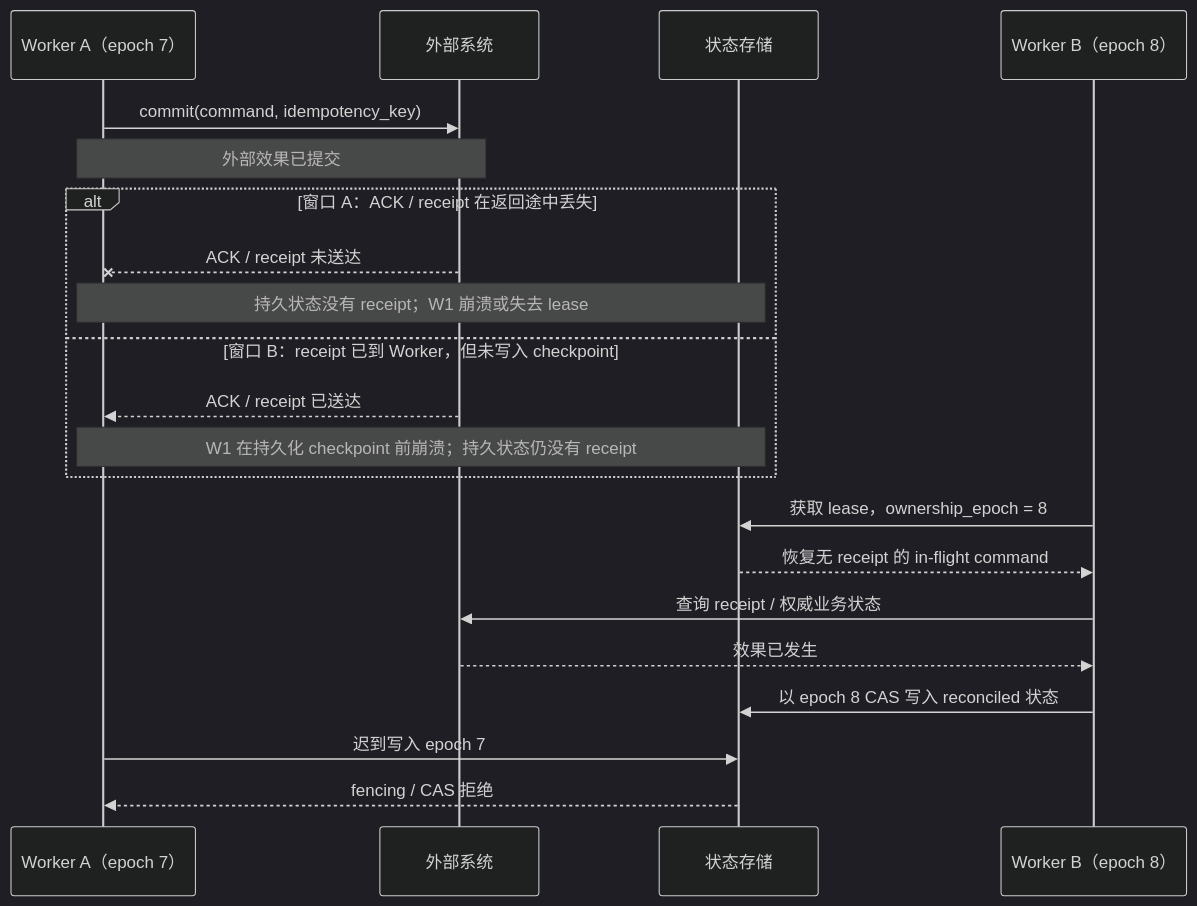
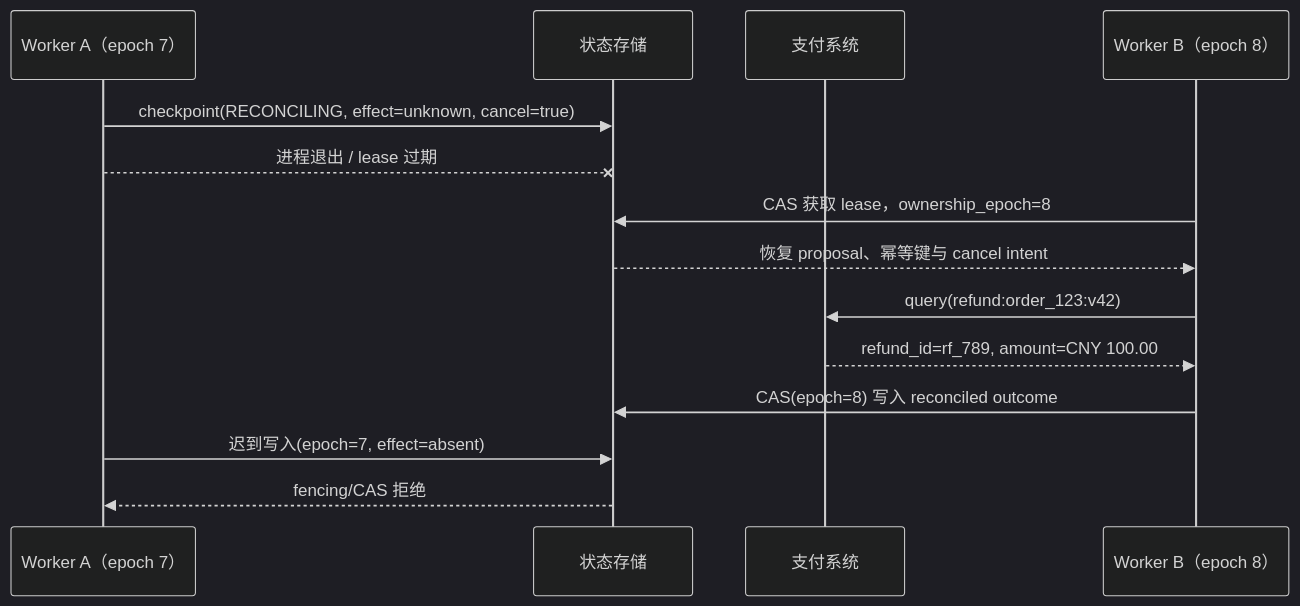
One commit to whatthehan/masterpiece-static-docs changed the diagram in site/08-可靠性与可观测/03-持久执行-Checkpoint与Exactly-Once.md. Above: the diagram before and after it, drawn with Mermaid (dark theme). The commit also changed other lines of this file and 152 other files, not shown here.

````diff
--- a/site/08-可靠性与可观测/03-持久执行-Checkpoint与Exactly-Once.md
+++ b/site/08-可靠性与可观测/03-持久执行-Checkpoint与Exactly-Once.md
@@ -80,23 +54,16 @@
 ```mermaid
 sequenceDiagram
-  participant W1 as Worker A（epoch 7）
-  participant X as 外部系统
+  participant A as Worker A（epoch 7）
   participant S as 状态存储
-  participant W2 as Worker B（epoch 8）
-  W1->>X: commit(command, idempotency_key)
-  Note over W1,X: 外部效果已提交
-  alt 窗口 A：ACK / receipt 在返回途中丢失
-    X--xW1: ACK / receipt 未送达
-    Note over W1,S: 持久状态没有 receipt；W1 崩溃或失去 lease
-  else 窗口 B：receipt 已到 Worker，但未写入 checkpoint
-    X-->>W1: ACK / receipt 已送达
-    Note over W1,S: W1 在持久化 checkpoint 前崩溃；持久状态仍没有 receipt
-  end
-  W2->>S: 获取 lease，ownership_epoch = 8
-  S-->>W2: 恢复无 receipt 的 in-flight command
-  W2->>X: 查询 receipt / 权威业务状态
-  X-->>W2: 效果已发生
-  W2->>S: 以 epoch 8 CAS 写入 reconciled 状态
-  W1->>S: 迟到写入 epoch 7
-  S-->>W1: fencing / CAS 拒绝
+  participant P as 支付系统
+  participant B as Worker B（epoch 8）
+  A->>S: checkpoint(RECONCILING, effect=unknown, cancel=true)
+  A--xS: 进程退出 / lease 过期
+  B->>S: CAS 获取 lease，ownership_epoch=8
+  S-->>B: 恢复 proposal、幂等键与 cancel intent
+  B->>P: query(refund:order_123:v42)
+  P-->>B: refund_id=rf_789, amount=CNY 100.00
+  B->>S: CAS(epoch=8) 写入 reconciled outcome
+  A->>S: 迟到写入(epoch=7, effect=absent)
+  S-->>A: fencing/CAS 拒绝
 ```
````
